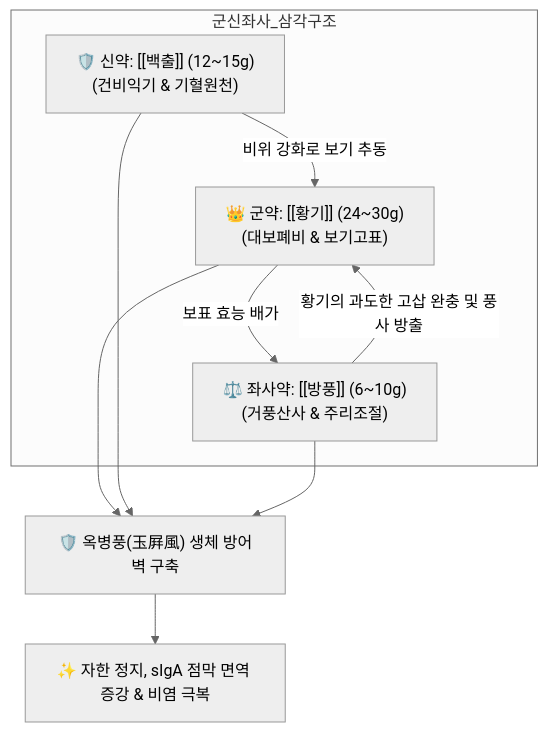
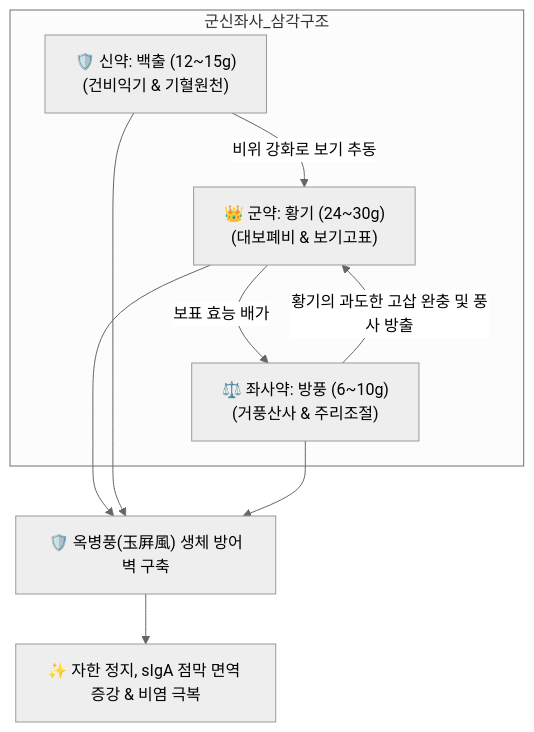
The diagram in content/2. 약리 공부/처방/02_보익제/옥병풍산.md (simbio11/simbio-digital-garden2), drawn with Mermaid (neutral theme) before and after one commit. The commit also changed other lines of this file and 323 other files, not shown here.

````diff
--- a/content/2. 약리 공부/처방/02_보익제/옥병풍산.md
+++ b/content/2. 약리 공부/처방/02_보익제/옥병풍산.md
@@ -43,13 +45,13 @@
 ```mermaid
 graph TD
     subgraph 군신좌사_삼각구조
-        HG["👑 군약: [[황기]] (24~30g)<br>(대보폐비 & 보기고표)"]
-        BC["🛡️ 신약: [[백출]] (12~15g)<br>(건비익기 & 기혈원천)"]
-        BP["⚖️ 좌사약: [[방풍]] (6~10g)<br>(거풍산사 & 주리조절)"]
+        HG["👑 군약: 황기 (24~30g)<br>(대보폐비 & 보기고표)"]
+        BC["🛡️ 신약: 백출 (12~15g)<br>(건비익기 & 기혈원천)"]
+        BP["⚖️ 좌사약: 방풍 (6~10g)<br>(거풍산사 & 주리조절)"]
     end
     BC -->|비위 강화로 보기 추동| HG
     HG -->|보표 효능 배가| BP
     BP -->|황기의 과도한 고삽 완충 및 풍사 방출| HG
     HG & BC & BP --> Wall["🛡️ 옥병풍(玉屛風) 생체 방어벽 구축"]
     Wall --> Outcome["✨ 자한 정지, sIgA 점막 면역 증강 & 비염 극복"]
 ```
````
